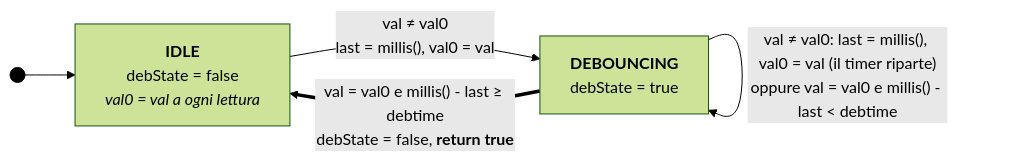
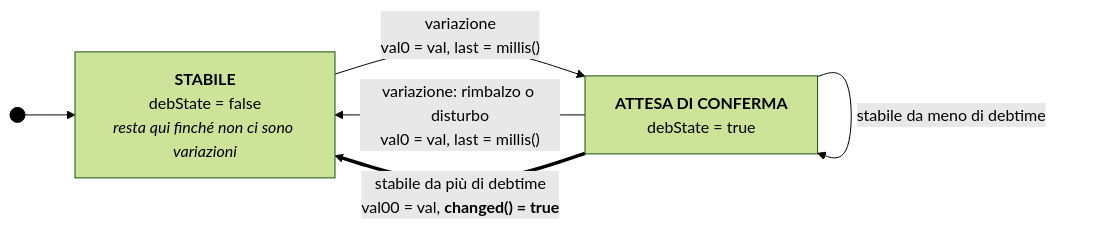
The diagram in debouncerFSM2.md (sebastianomelita/ArduinoBareMetal), drawn with Mermaid (forest theme) before and after one commit. The commit also changed other lines of this file, not shown here.

````diff
--- a/debouncerFSM2.md
+++ b/debouncerFSM2.md
@@ -153,10 +140,11 @@
 ```mermaid
 flowchart LR
     I(( )) --> S
-    S["<b>IDLE</b><br>debState = false<br><i>val0 = val a ogni lettura</i>"]
-    D["<b>DEBOUNCING</b><br>debState = true"]
-    S -- "val ≠ val0<br>last = millis(), val0 = val" --> D
-    D -- "val ≠ val0: last = millis(), val0 = val (il timer riparte)<br>oppure val = val0 e millis() - last < debtime" --> D
-    D == "val = val0 e millis() - last ≥ debtime<br>debState = false, <b>return true</b>" ==> S
+    S["<b>STABILE</b><br>debState = false<br><i>resta qui finché non ci sono variazioni</i>"]
+    A["<b>ATTESA DI CONFERMA</b><br>debState = true"]
+    S -- "variazione<br>val0 = val, last = millis()" --> A
+    A -- "variazione: rimbalzo o disturbo<br>val0 = val, last = millis()" --> S
+    A -- "stabile da meno di debtime" --> A
+    A == "stabile da più di debtime<br>val00 = val, <b>changed() = true</b>" ==> S
     style I fill:#000,stroke:#000
 ```
````
